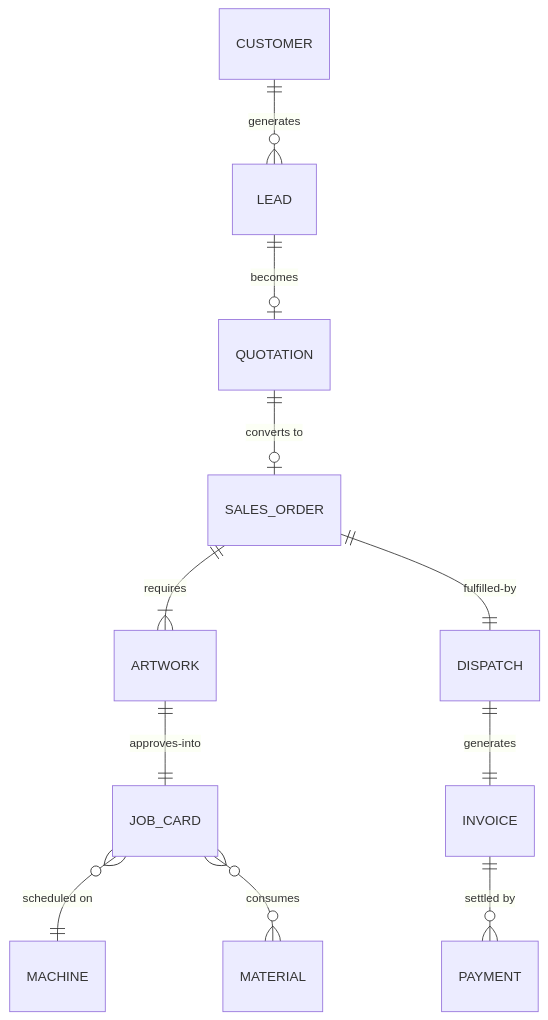
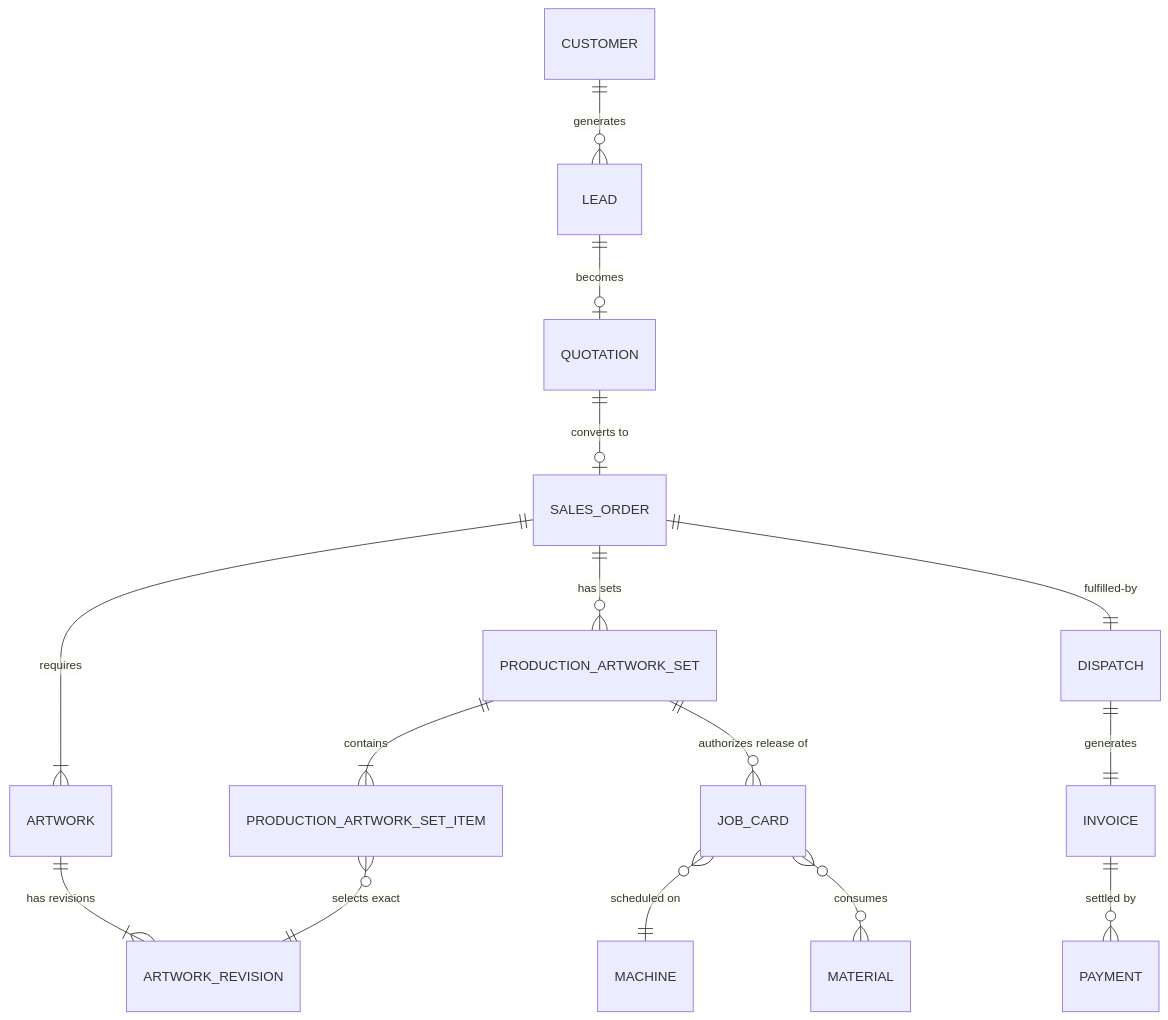
Before and after one commit to ganapathyvijai/printos: the second of 2 diagrams in docs/blueprint/05_Domain_Model.md, drawn with Mermaid. The commit also changed other lines of this file and 7 other files, not shown here.

Commit message:
docs: draft Artwork production authority

````diff
--- a/docs/blueprint/05_Domain_Model.md
+++ b/docs/blueprint/05_Domain_Model.md
@@ -122,13 +122,17 @@
 ```mermaid
 erDiagram
     CUSTOMER ||--o{ LEAD : generates
     LEAD ||--o| QUOTATION : "becomes"
     QUOTATION ||--o| SALES_ORDER : "converts to"
     SALES_ORDER ||--|{ ARTWORK : requires
-    ARTWORK ||--|| JOB_CARD : approves-into
+    ARTWORK ||--|{ ARTWORK_REVISION : "has revisions"
+    SALES_ORDER ||--o{ PRODUCTION_ARTWORK_SET : "has sets"
+    PRODUCTION_ARTWORK_SET ||--|{ PRODUCTION_ARTWORK_SET_ITEM : contains
+    PRODUCTION_ARTWORK_SET_ITEM }o--|| ARTWORK_REVISION : "selects exact"
+    PRODUCTION_ARTWORK_SET ||--o{ JOB_CARD : "authorizes release of"
     JOB_CARD }o--|| MACHINE : "scheduled on"
     JOB_CARD }o--o{ MATERIAL : consumes
     SALES_ORDER ||--|| DISPATCH : fulfilled-by
     DISPATCH ||--|| INVOICE : generates
     INVOICE ||--o{ PAYMENT : "settled by"
 ```
````
